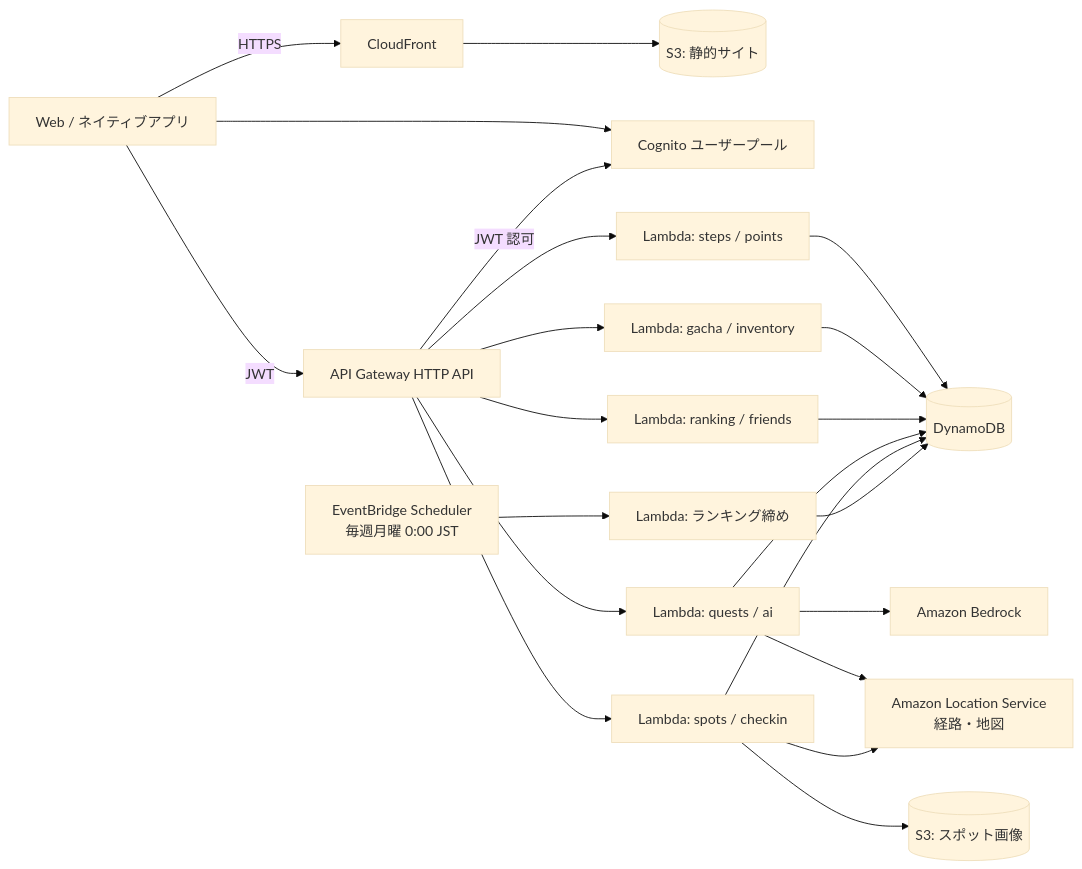
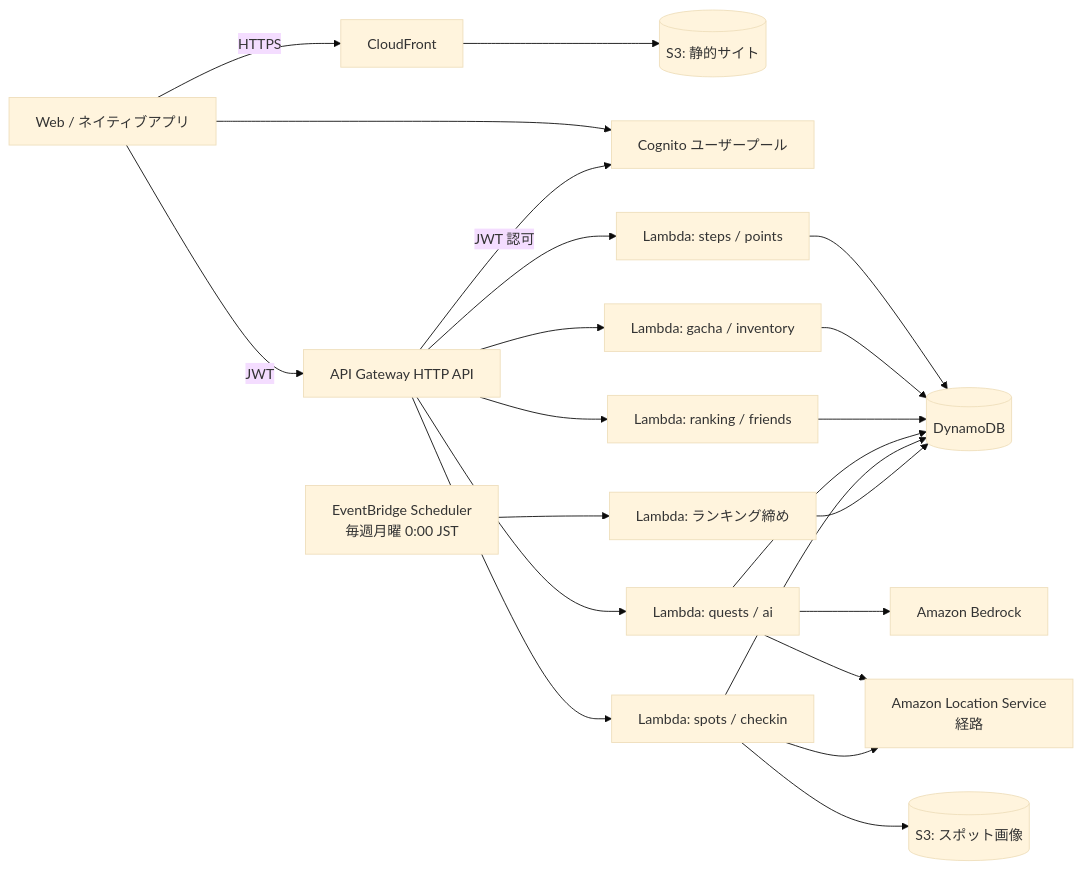
One commit to somknt/ehimewalk changed the second of 3 diagrams in .kiro/specs/ehime-walk-quest/design.md. Above: the diagram before and after it, drawn with Mermaid (base theme). The commit also changed other lines of this file and 1 other file, not shown here.

````diff
--- a/.kiro/specs/ehime-walk-quest/design.md
+++ b/.kiro/specs/ehime-walk-quest/design.md
@@ -30,19 +30,19 @@
 ```mermaid
 flowchart LR
   App[Web / ネイティブアプリ] -->|HTTPS| CF[CloudFront]
   CF --> S3web[(S3: 静的サイト)]
   App -->|JWT| APIGW[API Gateway HTTP API]
   App --> Cognito[Cognito ユーザープール]
   APIGW -->|JWT 認可| Cognito
   APIGW --> L1[Lambda: steps / points]
   APIGW --> L2[Lambda: gacha / inventory]
   APIGW --> L3[Lambda: ranking / friends]
   APIGW --> L4[Lambda: quests / ai]
   APIGW --> L5[Lambda: spots / checkin]
   L1 & L2 & L3 & L4 & L5 --> DDB[(DynamoDB)]
   L4 --> Bedrock[Amazon Bedrock]
-  L4 & L5 --> Location[Amazon Location Service<br/>経路・地図]
+  L4 & L5 --> Location[Amazon Location Service<br/>経路]
   EB[EventBridge Scheduler<br/>毎週月曜 0:00 JST] --> L6[Lambda: ランキング締め]
   L6 --> DDB
   L5 --> S3img[(S3: スポット画像)]
 ```
````
